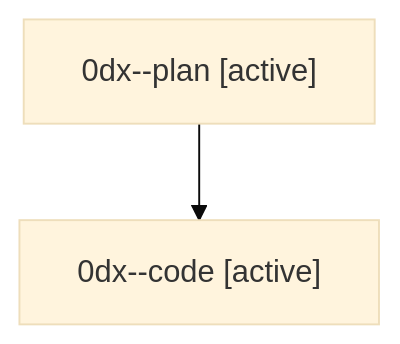
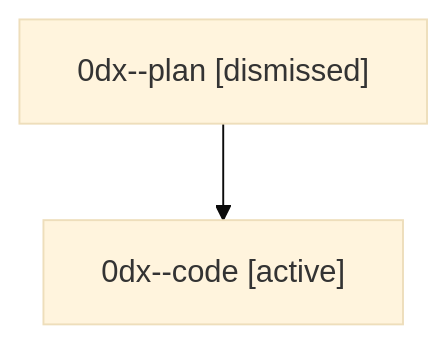
The diagram in sessions/bbugyi200.athena.0dx.md (sase-org/sase--agents), drawn with Mermaid (base theme) before and after one commit. The commit also changed other lines of this file and 49 other files, not shown here.

````diff
--- a/sessions/bbugyi200.athena.0dx.md
+++ b/sessions/bbugyi200.athena.0dx.md
@@ -9,6 +9,6 @@
 ```mermaid
 flowchart TD
-  n0["0dx--plan [active]"]
+  n0["0dx--plan [dismissed]"]
   n1["0dx--code [active]"]
   n0 --> n1
 ```
````
